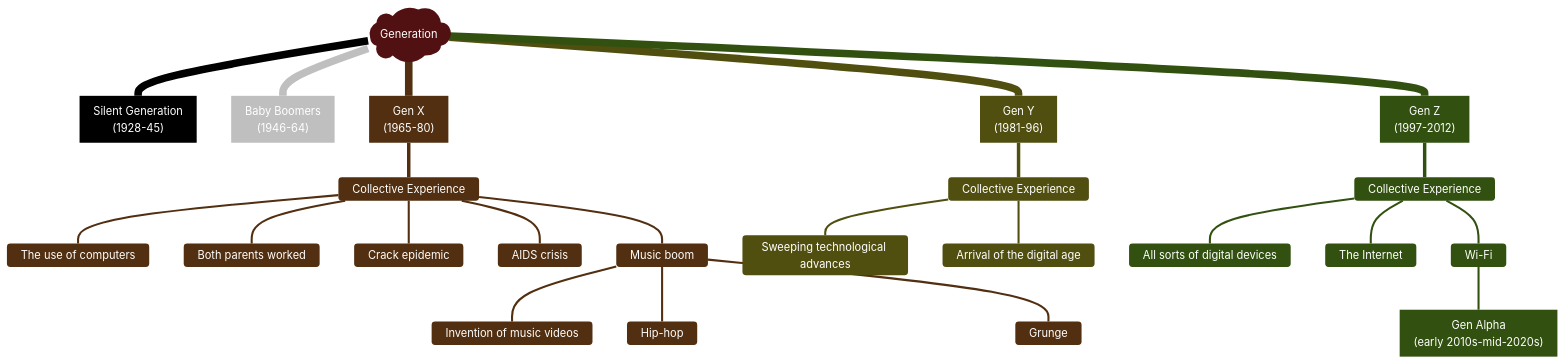
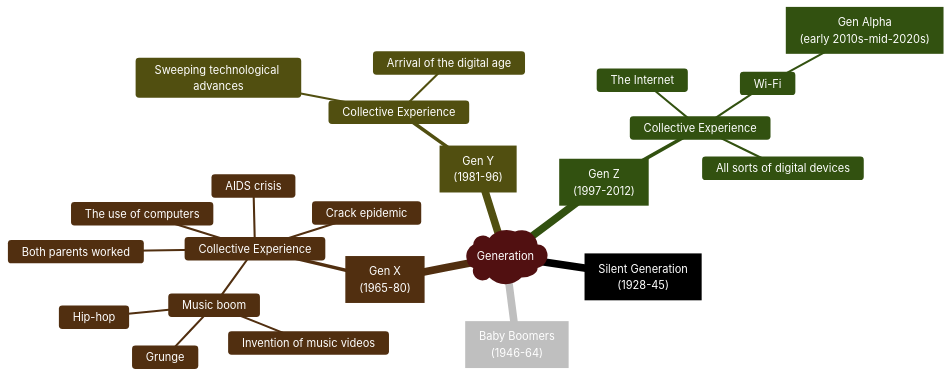
Before and after one commit to Charlie929-dot/charlie_vault: the diagram in 英语第一次作业.md, drawn with Mermaid.

Commit message:
vault backup: 2026-03-03 11:24:13

````diff
--- a/英语第一次作业.md
+++ b/英语第一次作业.md
@@ -3,39 +3,38 @@
 ```mermaid
 ---
 config:
   theme: 'base'
   themeVariables:
     primaryColor: '#BB2528'
     primaryTextColor: '#fff'
     primaryBorderColor: '#7C0000'
     lineColor: '#F8B229'
     secondaryColor: '#006100'
     tertiaryColor: '#fff'
-  layout: dagre
-  direction: TD
+  layout: 'cose-bilkent'
 ---
 			mindmap
 				  root)Generation(
 				    Gen["`Silent Generation<br/>(1928-45)`"]
 				    Gen["`Baby Boomers<br/>(1946-64)`"]
 				    Gen["`Gen X<br/>(1965-80)`"]
 				      Collective Experience
 				        The use of computers
 				        Both parents worked
 				        Crack epidemic
 				        AIDS crisis
 				        Music boom
 				          Invention of music videos
 				          Hip-hop
 				          Grunge
 				    Gen["`Gen Y<br/>(1981-96)`"]
 				      Collective Experience
 				        Sweeping technological advances
 				        Arrival of the digital age
 				    Gen["`Gen Z<br/>(1997-2012)`"]
 				      Collective Experience
 				        All sorts of digital devices
 				        The Internet
 				        Wi-Fi
                     Gen["`Gen Alpha<br/>(early 2010s-mid-2020s)`"]
 ```
````
